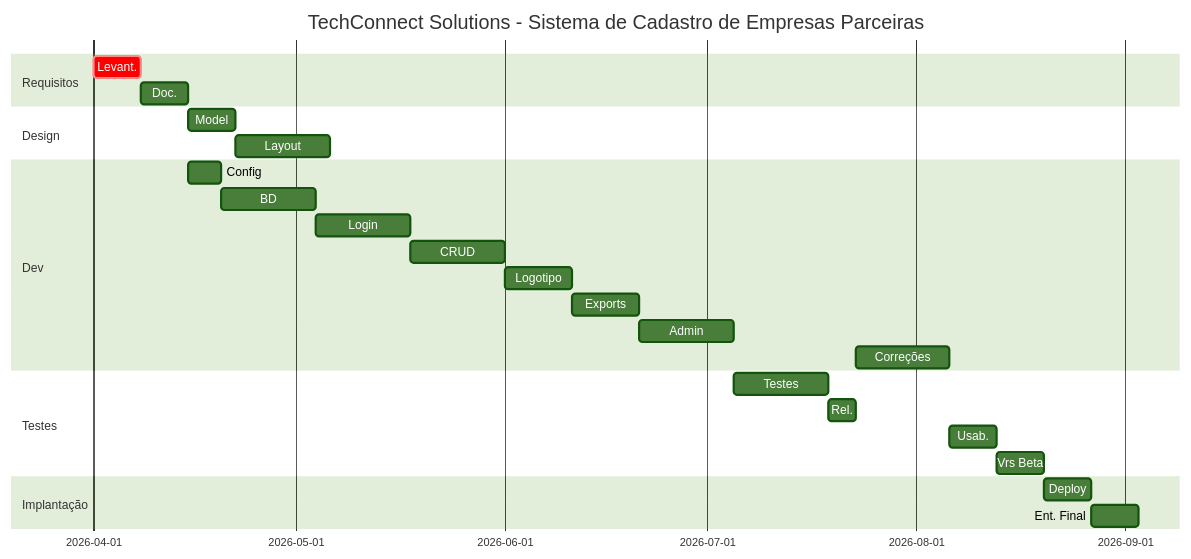
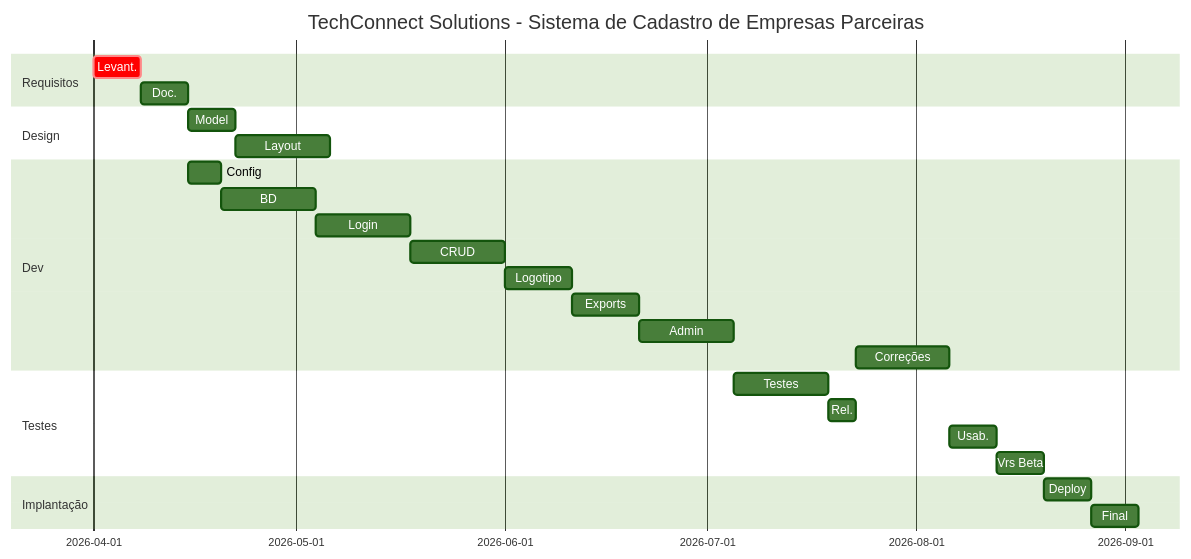
Before and after one commit to MaxPichy/teste_gannt3: the diagram in ATIVIDADE1.md, drawn with Mermaid (forest theme).

````diff
--- a/ATIVIDADE1.md
+++ b/ATIVIDADE1.md
@@ -1,33 +1,33 @@
 ```mermaid
 gantt
     title TechConnect Solutions - Sistema de Cadastro de Empresas Parceiras
     dateFormat YYYY-MM-DD
     
     section Requisitos
     Levant.                    :crit, req, 2026-04-01, 7d
     Doc.                       :doc, after req, 7d
     
     section Design
     Model                      :mod, after doc, 7d
     Layout                     :lay, after mod, 14d
     
     section Dev
     Config                     :cfg, after doc, 5d
     BD                         :bd, after cfg, 14d
     Login                      :lgn, after bd, 14d
     CRUD                       :crd, after lgn, 14d
     Logotipo                   :lgt, after crd, 10d
     Exports                    :exp, after lgt, 10d
     Admin                      :adm, after exp, 14d
     Correções                  :cor, after rel, 14d
     
     section Testes
     Testes                      :tst, after adm, 14d
     Rel.                        :rel, after tst, 4d
     Usab.                       :usb, after cor, 7d
     Vrs Beta                    :beta, after usb, 7d
     
     section Implantação
     Deploy                      :deploy, after beta, 7d
-    Ent. Final                  :entrega, after deploy, 7d
+    Final                       :entrega, after deploy, 7d
 ```
````
